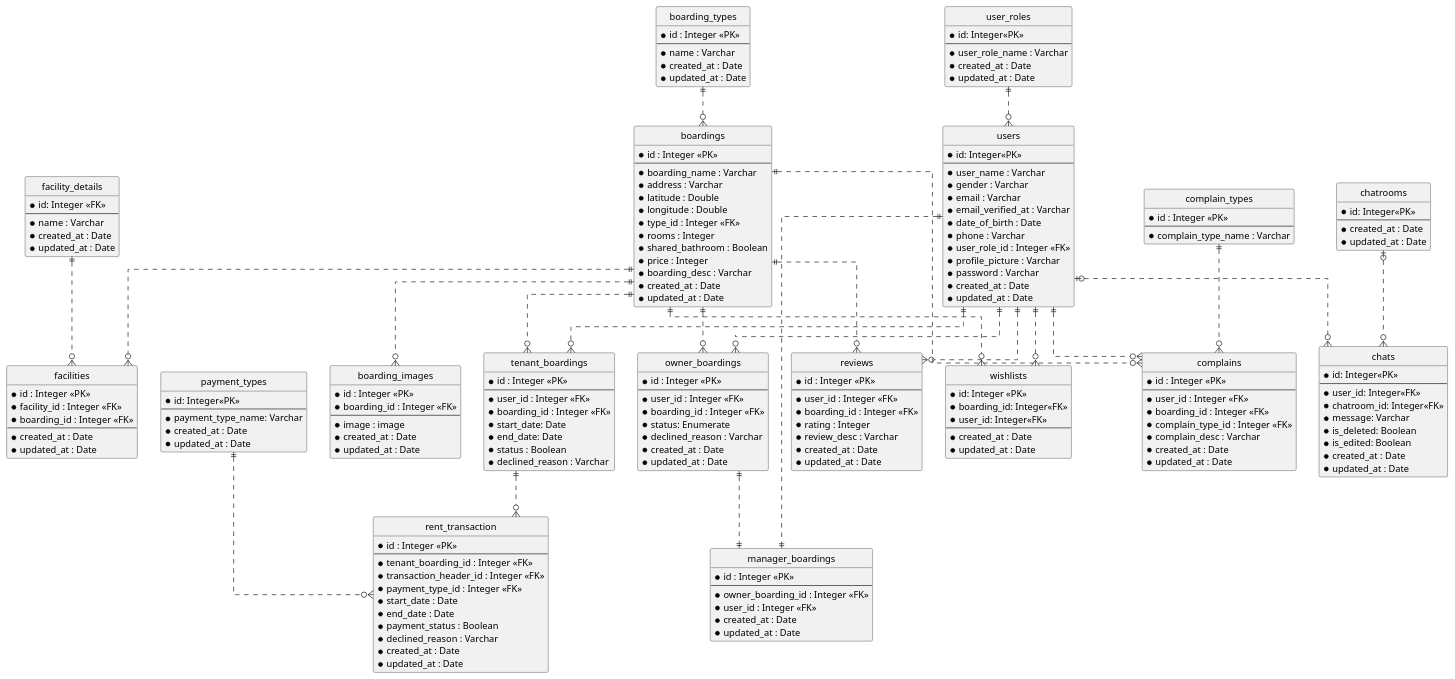
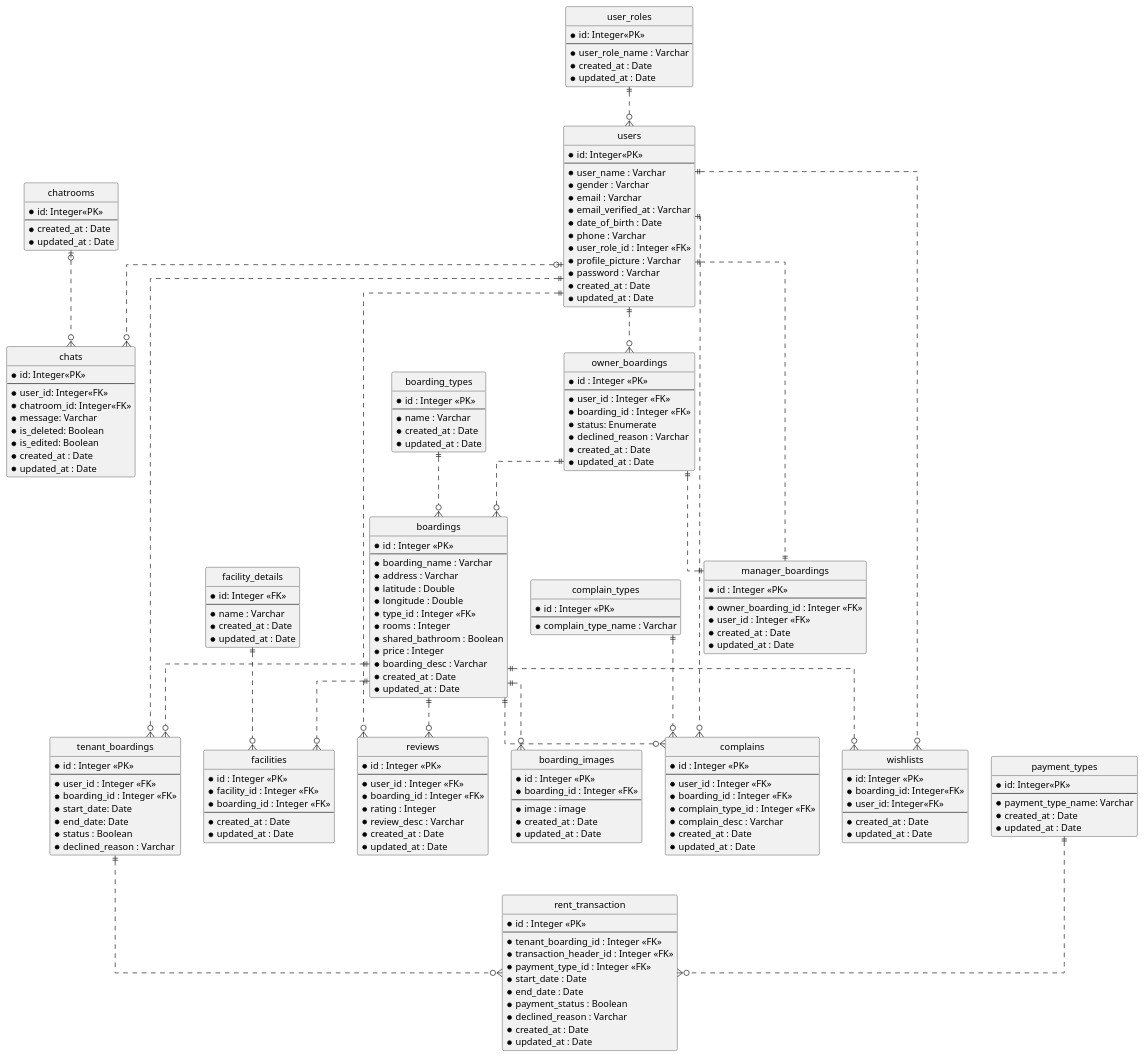
Before and after one commit to AntWort21/BHFMS: the diagram in Design/BHFMS_ERD.puml, drawn with PlantUML.

Commit message:
fixed relation owner_boarding dan boardings kebalik

```diff
--- a/Design/BHFMS_ERD.puml
+++ b/Design/BHFMS_ERD.puml
@@ -211,7 +211,7 @@
 pymnt ||..o{ rt
 
 usr ||..o{ lobh
-bh ||..o{ lobh
+lobh ||..o{ bh
 
 usr ||..|| mabh
 lobh ||..|| mabh
```
